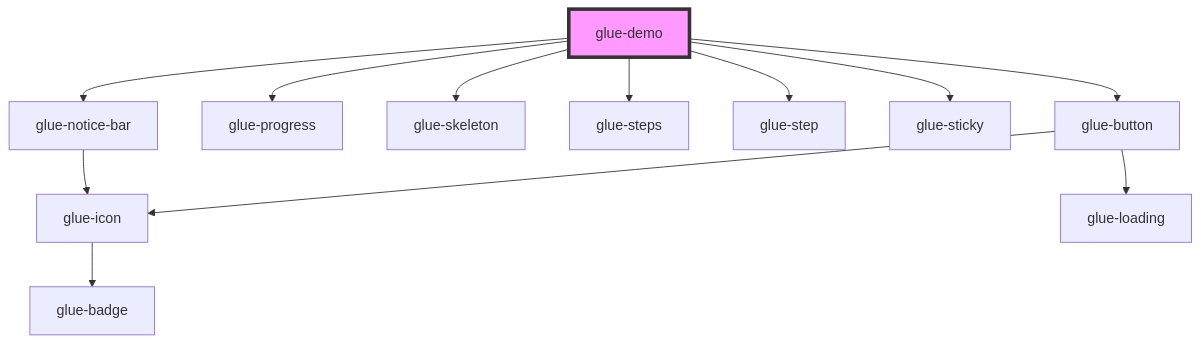
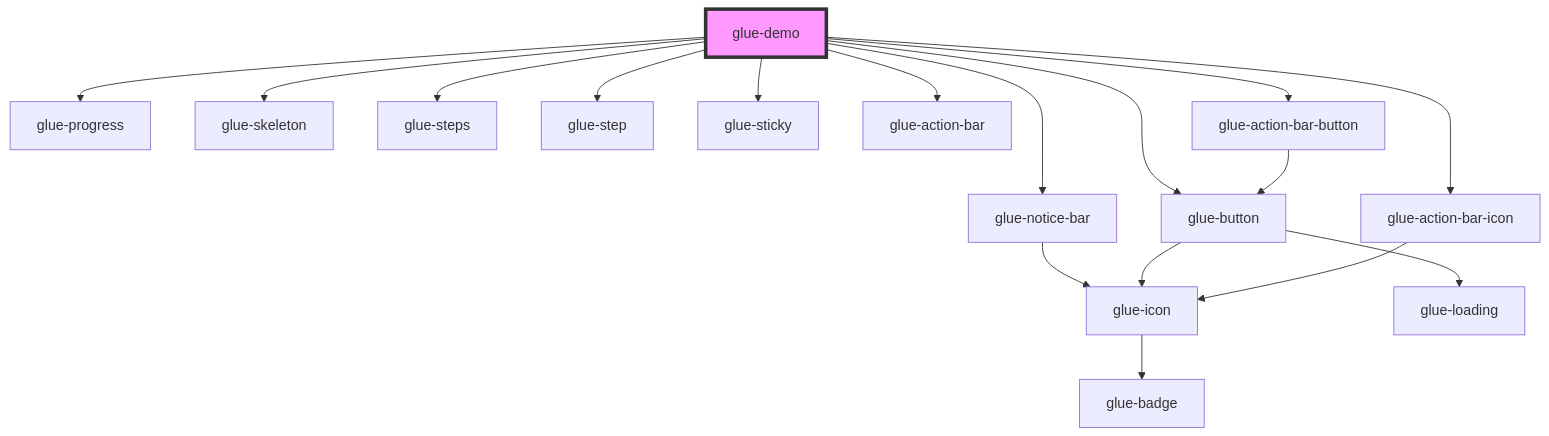
One commit to grasilife/glue changed the diagram in packages/glue-components/src/components/glue-demo/readme.md. Above: the diagram before and after it, drawn with Mermaid. The commit also changed other lines of this file and 5 other files, not shown here.

Commit message:
添加ActionBar 动作栏 demo

````diff
--- a/packages/glue-components/src/components/glue-demo/readme.md
+++ b/packages/glue-components/src/components/glue-demo/readme.md
@@ -30,15 +33,20 @@
 ```mermaid
 graph TD;
   glue-demo --> glue-notice-bar
   glue-demo --> glue-progress
   glue-demo --> glue-skeleton
   glue-demo --> glue-steps
   glue-demo --> glue-step
   glue-demo --> glue-sticky
   glue-demo --> glue-button
+  glue-demo --> glue-action-bar
+  glue-demo --> glue-action-bar-icon
+  glue-demo --> glue-action-bar-button
   glue-notice-bar --> glue-icon
   glue-icon --> glue-badge
   glue-button --> glue-loading
   glue-button --> glue-icon
+  glue-action-bar-icon --> glue-icon
+  glue-action-bar-button --> glue-button
   style glue-demo fill:#f9f,stroke:#333,stroke-width:4px
 ```
````
